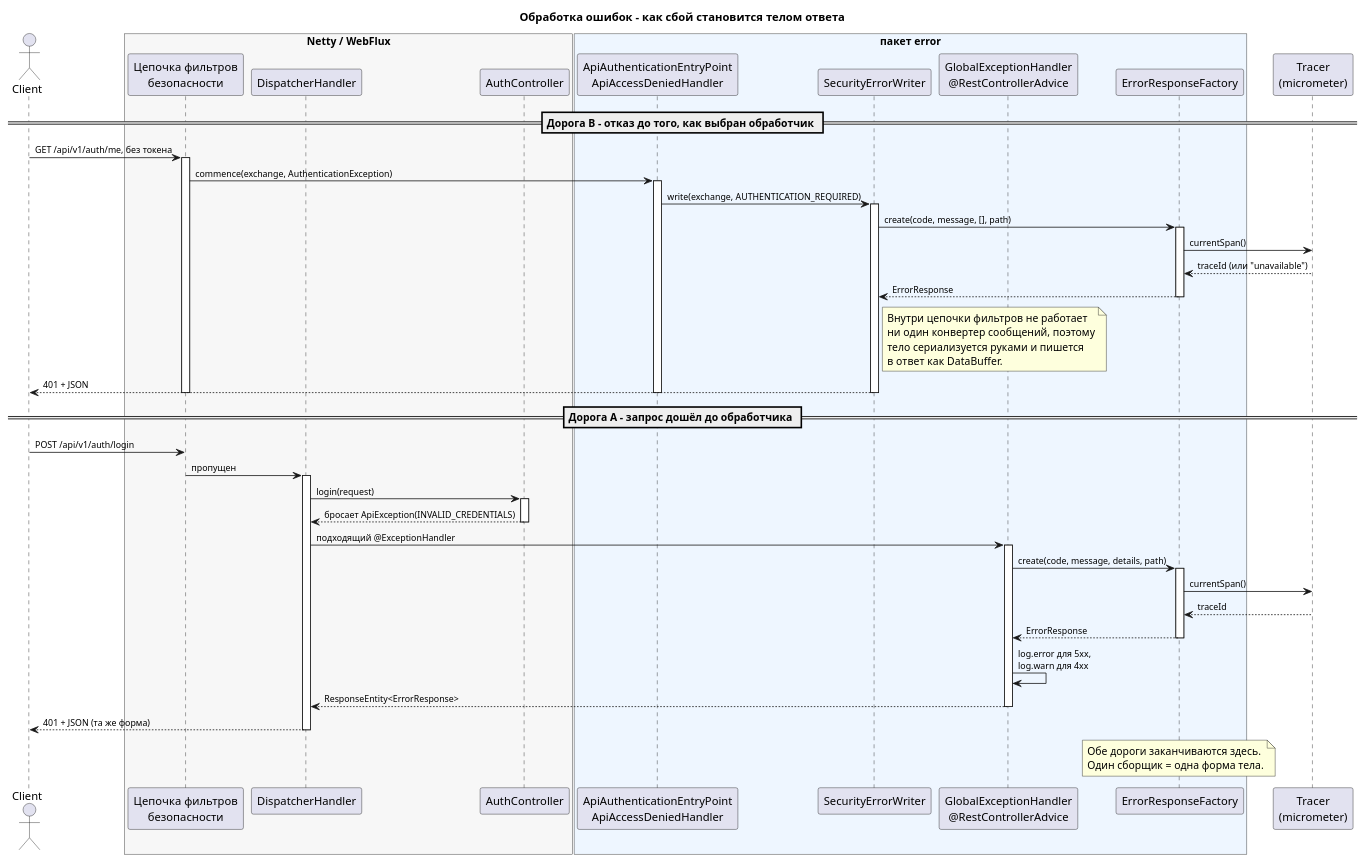
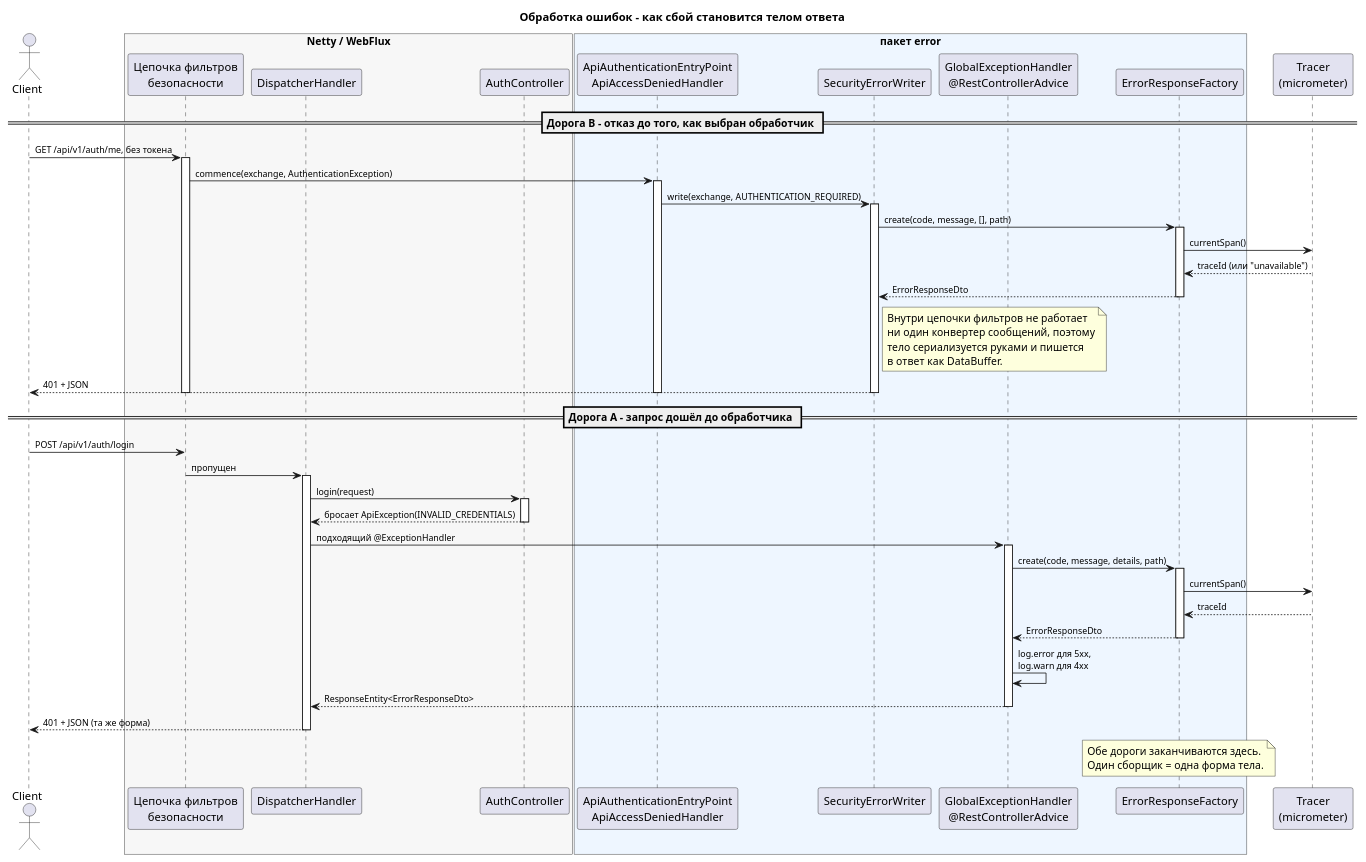
The first of 3 diagrams in docs/puml-ru/error-handling.puml (dezxxx/payment-platform), drawn with PlantUML before and after one commit. The commit also changed other lines of this file and 20 other files, not shown here.

```diff
--- a/docs/puml-ru/error-handling.puml
+++ b/docs/puml-ru/error-handling.puml
@@ -1,77 +1,77 @@
 @startuml error-flow
 title Обработка ошибок - как сбой становится телом ответа
 
 skinparam shadowing false
 skinparam ArrowFontSize 11
 
 actor Client
 
 box "Netty / WebFlux" #F7F7F7
   participant "Цепочка фильтров\nбезопасности" as Filters
   participant "DispatcherHandler" as Dispatcher
   participant "AuthController" as Ctl
 end box
 
 box "пакет error" #EEF6FF
   participant "ApiAuthenticationEntryPoint\nApiAccessDeniedHandler" as SecHandlers
   participant "SecurityErrorWriter" as Writer
   participant "GlobalExceptionHandler\n@RestControllerAdvice" as Advice
   participant "ErrorResponseFactory" as Factory
 end box
 
 participant "Tracer\n(micrometer)" as Tracer
 
 == Дорога B - отказ до того, как выбран обработчик ==
 
 Client -> Filters : GET /api/v1/auth/me, без токена
 activate Filters
 Filters -> SecHandlers : commence(exchange, AuthenticationException)
 activate SecHandlers
 SecHandlers -> Writer : write(exchange, AUTHENTICATION_REQUIRED)
 activate Writer
 Writer -> Factory : create(code, message, [], path)
 activate Factory
 Factory -> Tracer : currentSpan()
 Tracer --> Factory : traceId (или "unavailable")
-Factory --> Writer : ErrorResponse
+Factory --> Writer : ErrorResponseDto
 deactivate Factory
 note right of Writer
   Внутри цепочки фильтров не работает
   ни один конвертер сообщений, поэтому
   тело сериализуется руками и пишется
   в ответ как DataBuffer.
 end note
 Writer --> Client : 401 + JSON
 deactivate Writer
 deactivate SecHandlers
 deactivate Filters
 
 == Дорога A - запрос дошёл до обработчика ==
 
 Client -> Filters : POST /api/v1/auth/login
 Filters -> Dispatcher : пропущен
 activate Dispatcher
 Dispatcher -> Ctl : login(request)
 activate Ctl
 Ctl --> Dispatcher : бросает ApiException(INVALID_CREDENTIALS)
 deactivate Ctl
 Dispatcher -> Advice : подходящий @ExceptionHandler
 activate Advice
 Advice -> Factory : create(code, message, details, path)
 activate Factory
 Factory -> Tracer : currentSpan()
 Tracer --> Factory : traceId
-Factory --> Advice : ErrorResponse
+Factory --> Advice : ErrorResponseDto
 deactivate Factory
 Advice -> Advice : log.error для 5xx,\nlog.warn для 4xx
-Advice --> Dispatcher : ResponseEntity<ErrorResponse>
+Advice --> Dispatcher : ResponseEntity<ErrorResponseDto>
 deactivate Advice
 Dispatcher --> Client : 401 + JSON (та же форма)
 deactivate Dispatcher
 
 note over Factory
   Обе дороги заканчиваются здесь.
   Один сборщик = одна форма тела.
 end note
 
 @enduml
```
